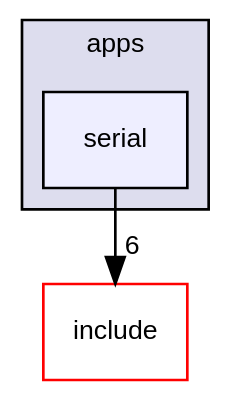
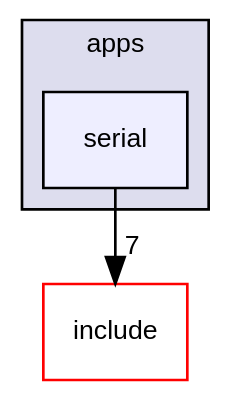
Before and after one commit to luca-heltai/fsi-suite: the diagram in dir_e7245891811a18a2b76d3fc59ab1e2d7_dep.dot, drawn with Graphviz. The commit also changed 693 other files, not shown here.

```diff
--- a/dir_e7245891811a18a2b76d3fc59ab1e2d7_dep.dot
+++ b/dir_e7245891811a18a2b76d3fc59ab1e2d7_dep.dot
@@ -1,12 +1,12 @@
 digraph "apps/serial" {
   bgcolor=transparent;
   compound=true
   node [ fontsize="10", fontname="Helvetica"];
   edge [ labelfontsize="10", labelfontname="Helvetica"];
   subgraph clusterdir_9654b8d08f4bba4e84b362c5fd320bee {
     graph [ bgcolor="#ddddee", pencolor="black", label="apps" fontname="Helvetica", fontsize="10", URL="dir_9654b8d08f4bba4e84b362c5fd320bee.html"]
   dir_e7245891811a18a2b76d3fc59ab1e2d7 [shape=box, label="serial", style="filled", fillcolor="#eeeeff", pencolor="black", URL="dir_e7245891811a18a2b76d3fc59ab1e2d7.html"];
   }
   dir_d44c64559bbebec7f509842c48db8b23 [shape=box label="include" color="red" URL="dir_d44c64559bbebec7f509842c48db8b23.html"];
-  dir_e7245891811a18a2b76d3fc59ab1e2d7->dir_d44c64559bbebec7f509842c48db8b23 [headlabel="6", labeldistance=1.5 headhref="dir_000011_000002.html"];
+  dir_e7245891811a18a2b76d3fc59ab1e2d7->dir_d44c64559bbebec7f509842c48db8b23 [headlabel="7", labeldistance=1.5 headhref="dir_000011_000002.html"];
 }
```
